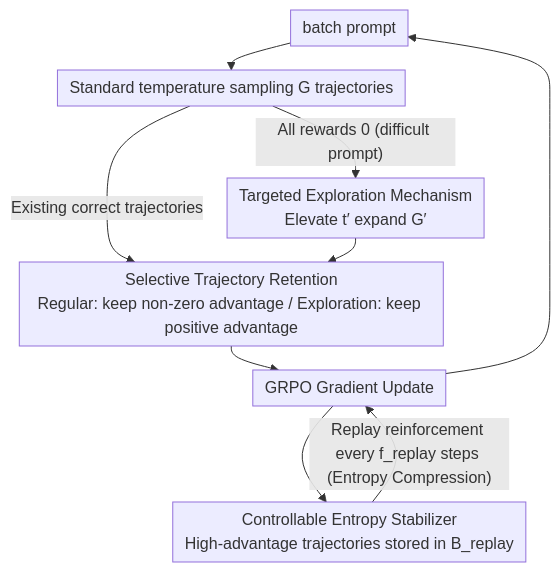
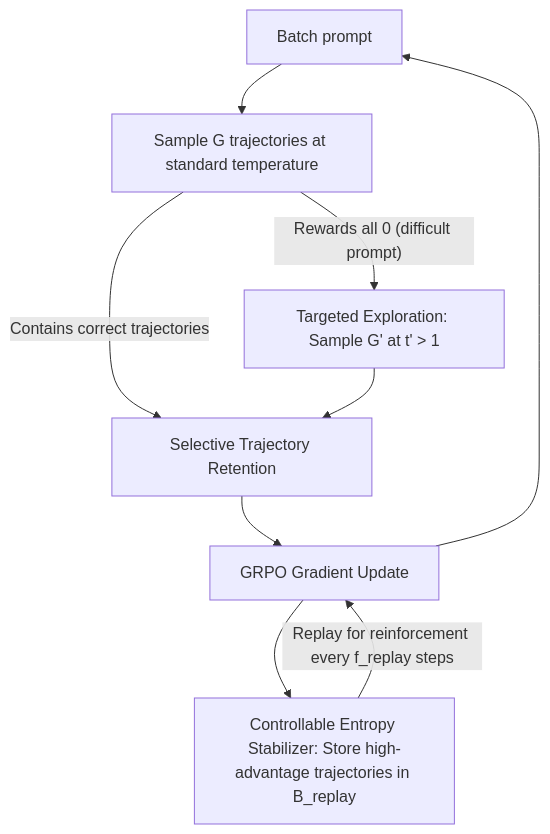
One commit to zhaoyang97/Paper-Notes-en changed the diagram in docs/ACL2026/reinforcement_learning/targeted_exploration_via_unified_entropy_control_for_reinforcement_learning.md. Above: the diagram before and after it, drawn with Mermaid. The commit also changed other lines of this file and 5084 other files, not shown here.

````diff
--- a/docs/ACL2026/reinforcement_learning/targeted_exploration_via_unified_entropy_control_for_reinforcement_learning.md
+++ b/docs/ACL2026/reinforcement_learning/targeted_exploration_via_unified_entropy_control_for_reinforcement_learning.md
@@ -45,12 +45,12 @@
 ```mermaid
-%%{init: {'flowchart': {'rankSpacing': 24, 'nodeSpacing': 28, 'padding': 6, 'wrappingWidth': 400}}}%%
-flowchart TD
-    A["batch prompt"] --> B["Standard temperature sampling G trajectories"]
-    B -->|"All rewards 0 (difficult prompt)"| C["Targeted Exploration Mechanism<br/>Elevate t′ expand G′"]
-    B -->|"Existing correct trajectories"| D["Selective Trajectory Retention<br/>Regular: keep non-zero advantage / Exploration: keep positive advantage"]
+graph TD
+    A["Batch prompt"] --> B["Sample G trajectories at standard temperature"]
+    B -->|"Rewards all 0 (difficult prompt)"| C["Targeted Exploration: Sample G' at t' > 1"]
+    B -->|"Contains correct trajectories"| D["Selective Trajectory Retention"]
     C --> D
     D --> E["GRPO Gradient Update"]
-    E --> F["Controllable Entropy Stabilizer<br/>High-advantage trajectories stored in B_replay"]
-    F -->|"Replay reinforcement every f_replay steps (Entropy Compression)"| E
+    F["Controllable Entropy Stabilizer: Store high-advantage trajectories in B_replay"]
+    E --> F
+    F -->|"Replay for reinforcement every f_replay steps"| E
     E --> A
 ```
````
